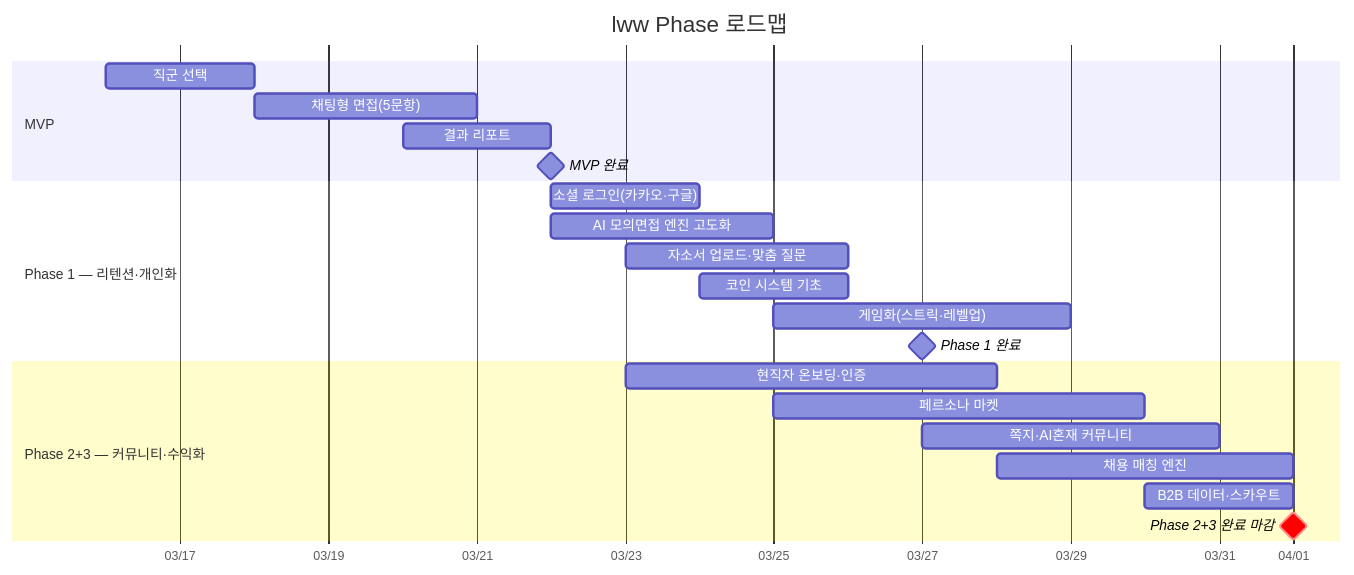
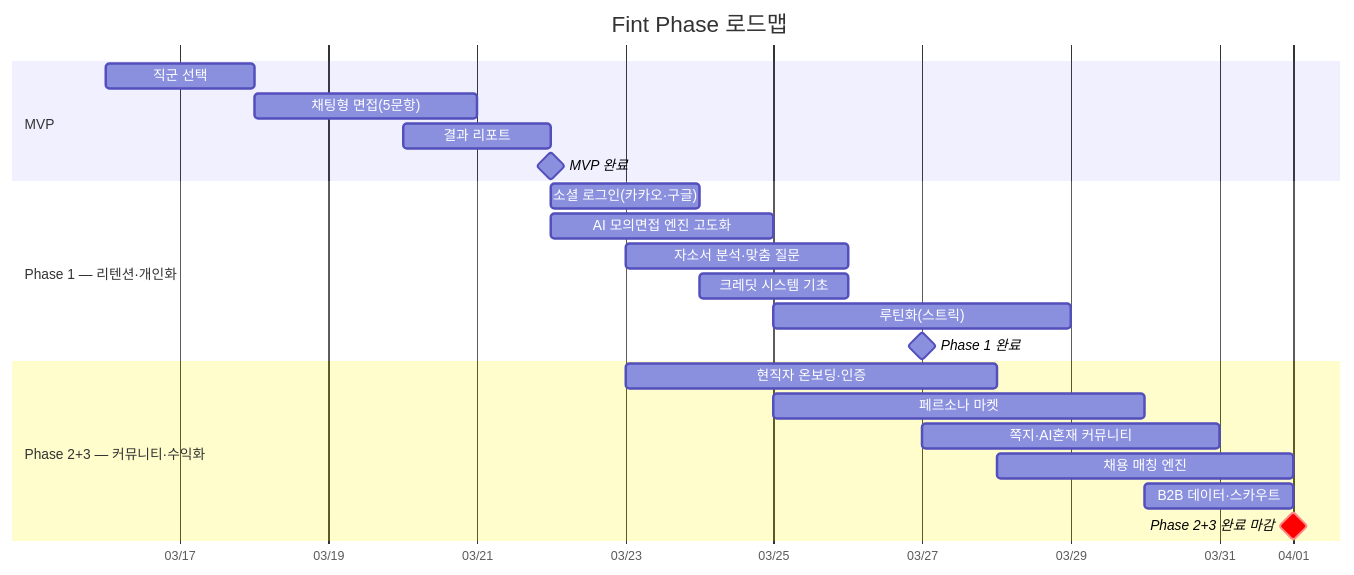
Before and after one commit to 2026-SKP-MIRAI/MIRAI: the second of 5 diagrams in docs/whitepaper/lww/proposal.md, drawn with Mermaid. The commit also changed other lines of this file and 27 other files, not shown here.

Commit message:
chore: lww 발표용 PPTX + Remotion 영상 제작 시스템 구축 (#185)

````diff
--- a/docs/whitepaper/lww/proposal.md
+++ b/docs/whitepaper/lww/proposal.md
@@ -402,28 +448,28 @@
 ```mermaid
 gantt
-  title lww Phase 로드맵
+  title Fint Phase 로드맵
   dateFormat  YYYY-MM-DD
   axisFormat  %m/%d
 
   section MVP
   직군 선택               :2026-03-16, 2026-03-18
   채팅형 면접(5문항)      :2026-03-18, 2026-03-21
   결과 리포트             :2026-03-20, 2026-03-22
   MVP 완료                :milestone, 2026-03-22, 0d
 
   section Phase 1 — 리텐션·개인화
   소셜 로그인(카카오·구글) :2026-03-22, 2026-03-24
   AI 모의면접 엔진 고도화 :2026-03-22, 2026-03-25
-  자소서 업로드·맞춤 질문 :2026-03-23, 2026-03-26
-  코인 시스템 기초        :2026-03-24, 2026-03-26
-  게임화(스트릭·레벨업)   :2026-03-25, 2026-03-29
+  자소서 분석·맞춤 질문 :2026-03-23, 2026-03-26
+  크레딧 시스템 기초        :2026-03-24, 2026-03-26
+  루틴화(스트릭)   :2026-03-25, 2026-03-29
   Phase 1 완료            :milestone, 2026-03-27, 0d
 
   section Phase 2+3 — 커뮤니티·수익화
   현직자 온보딩·인증      :2026-03-23, 2026-03-28
   페르소나 마켓           :2026-03-25, 2026-03-30
   쪽지·AI혼재 커뮤니티    :2026-03-27, 2026-03-31
   채용 매칭 엔진          :2026-03-28, 2026-04-01
   B2B 데이터·스카우트     :2026-03-30, 2026-04-01
   Phase 2+3 완료 마감     :milestone, crit, 2026-04-01, 0d
 ```
````
